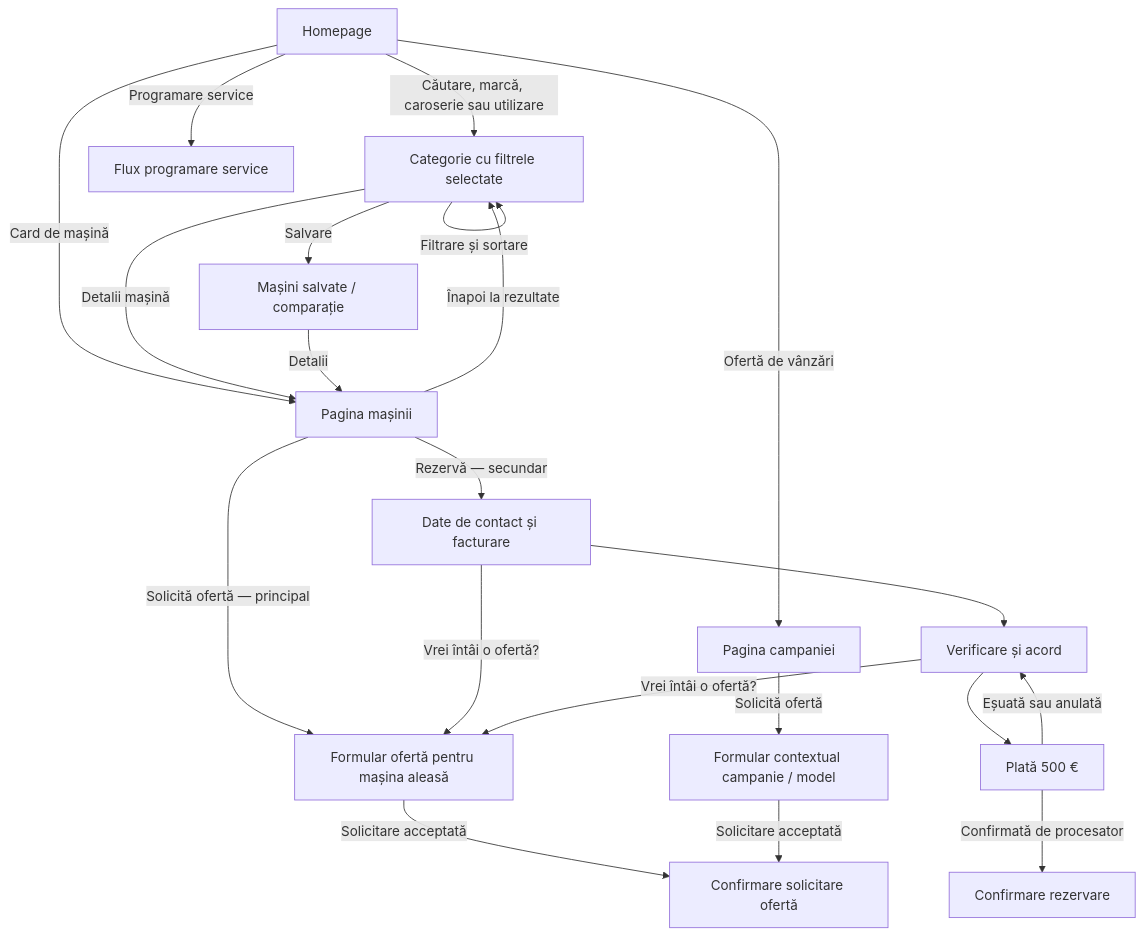
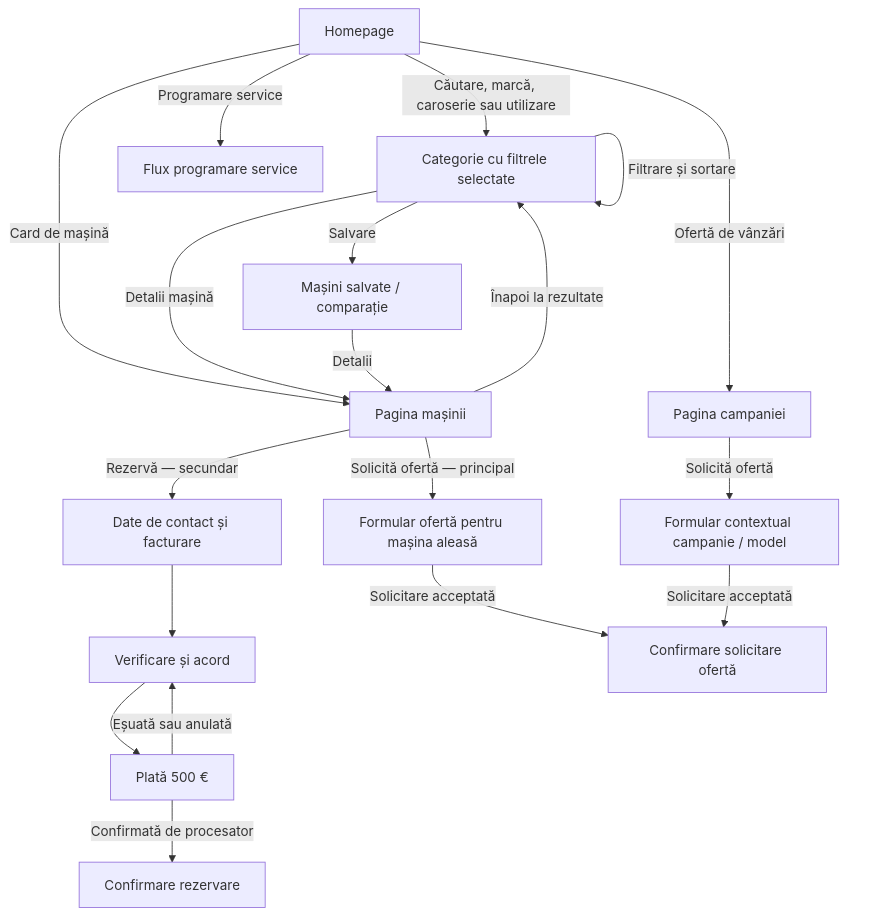
The diagram in docs/structura-ux-pentru-programatori.md (tehnic-dwf/autoklass-reimagined-var3), drawn with Mermaid before and after one commit. The commit also changed other lines of this file and 3 other files, not shown here.

Commit message:
Remove offer alternative from reservation flow

````diff
--- a/docs/structura-ux-pentru-programatori.md
+++ b/docs/structura-ux-pentru-programatori.md
@@ -11,23 +11,21 @@
 ```mermaid
 flowchart TD
     H[Homepage] -->|Căutare, marcă, caroserie sau utilizare| C[Categorie cu filtrele selectate]
     H -->|Card de mașină| P[Pagina mașinii]
     H -->|Ofertă de vânzări| L[Pagina campaniei]
     H -->|Programare service| S[Flux programare service]
     C -->|Filtrare și sortare| C
     C -->|Detalii mașină| P
     C -->|Salvare| COMP[Mașini salvate / comparație]
     COMP -->|Detalii| P
     P -->|Solicită ofertă — principal| O[Formular ofertă pentru mașina aleasă]
     L -->|Solicită ofertă| OL[Formular contextual campanie / model]
     P -->|Rezervă — secundar| R[Date de contact și facturare]
     R --> V[Verificare și acord]
     V --> PAY[Plată 500 €]
     PAY -->|Confirmată de procesator| TR[Confirmare rezervare]
     PAY -->|Eșuată sau anulată| V
-    R -->|Vrei întâi o ofertă?| O
-    V -->|Vrei întâi o ofertă?| O
     O -->|Solicitare acceptată| TO[Confirmare solicitare ofertă]
     OL -->|Solicitare acceptată| TO
     P -->|Înapoi la rezultate| C
 ```
````
